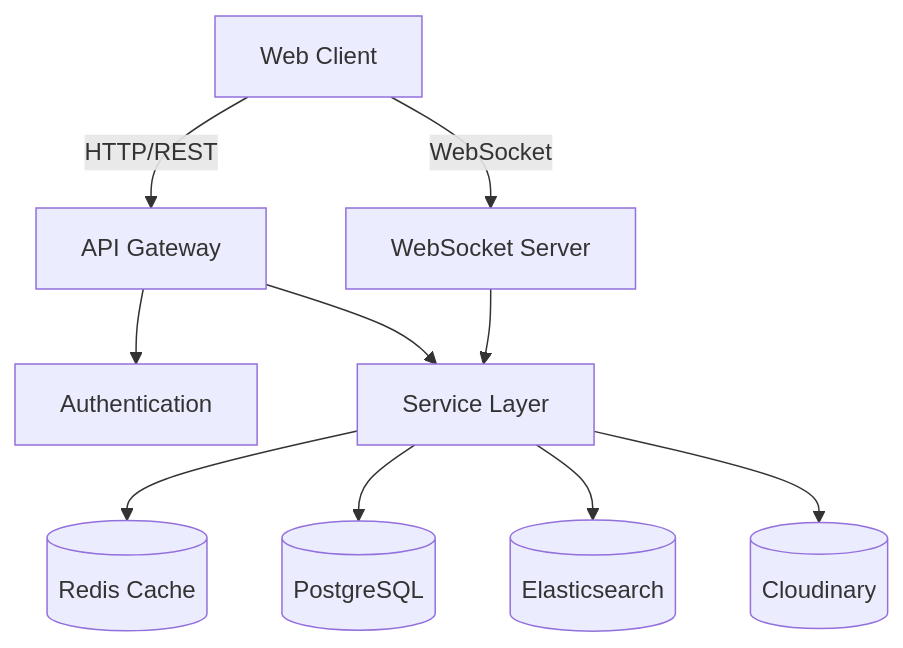
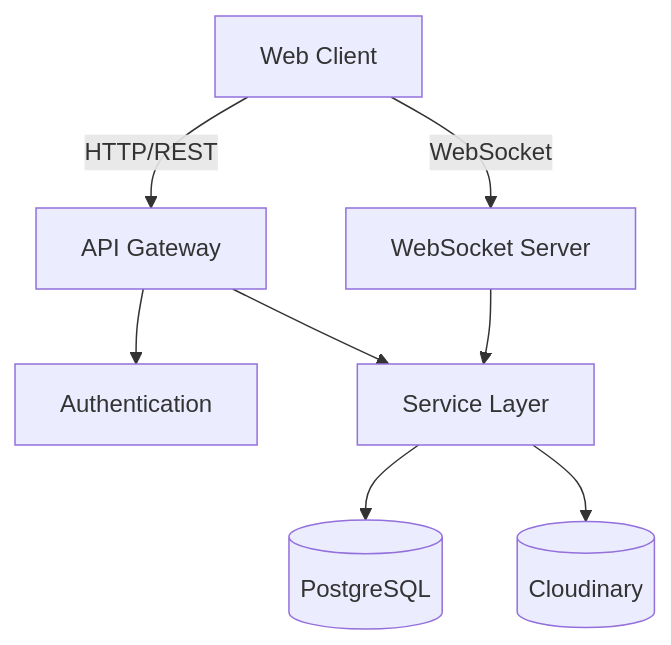
Before and after one commit to ntnu-blackandbrown/clozet: the first of 4 diagrams in README_IDATT2105_Semesterprosjekt2025.md, drawn with Mermaid.

Commit message:
restructruring of diagram

````diff
--- a/README_IDATT2105_Semesterprosjekt2025.md
+++ b/README_IDATT2105_Semesterprosjekt2025.md
@@ -236,12 +236,10 @@
 ```mermaid
 graph TB
     Client[Web Client] --> |HTTP/REST| API[API Gateway]
     Client --> |WebSocket| WS[WebSocket Server]
     API --> Auth[Authentication]
     API --> Service[Service Layer]
     WS --> Service
-    Service --> Cache[(Redis Cache)]
     Service --> DB[(PostgreSQL)]
-    Service --> Search[(Elasticsearch)]
     Service --> Storage[(Cloudinary)]
 ```
````
